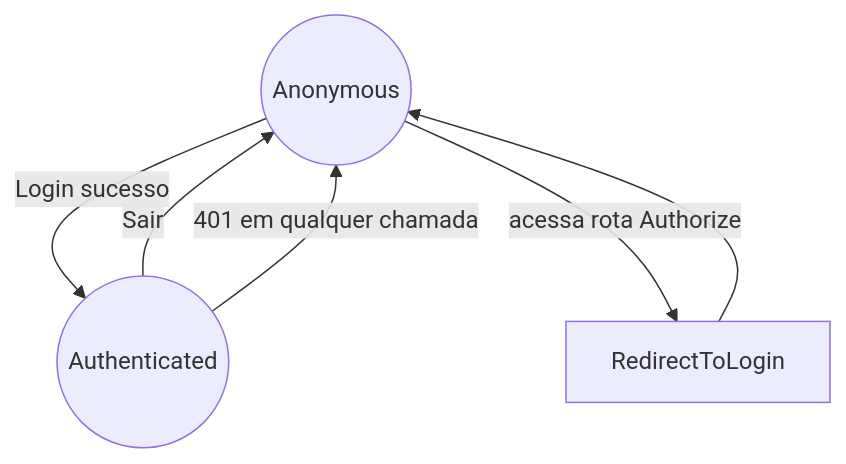
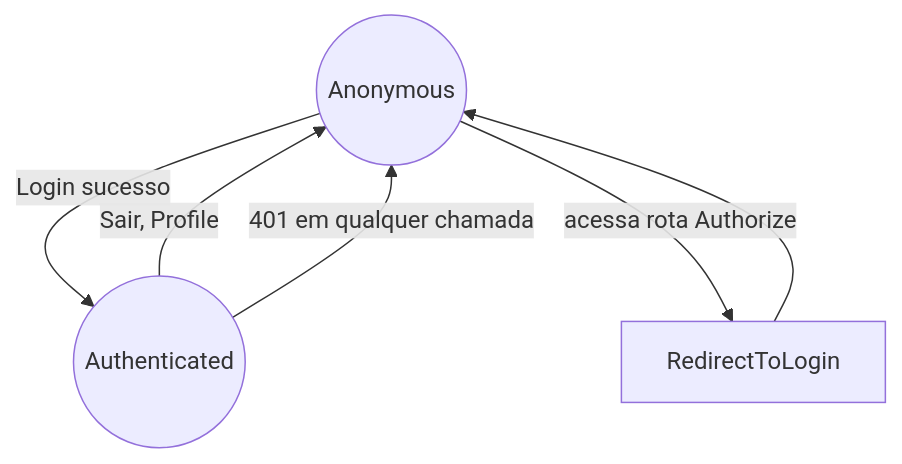
The second of 7 diagrams in docs/navigation-flows.md (MiguelFariasDev/FileSharing), drawn with Mermaid before and after one commit. The commit also changed other lines of this file and 104 other files, not shown here.

Commit message:
feat: redesign web and mobile navigation flows

````diff
--- a/docs/navigation-flows.md
+++ b/docs/navigation-flows.md
@@ -118,7 +135,7 @@
 ```mermaid
 flowchart TD
     Anonymous((Anonymous)) -->|Login sucesso| Authenticated((Authenticated))
-    Authenticated -->|Sair| Anonymous
+    Authenticated -->|Sair, Profile| Anonymous
     Authenticated -->|401 em qualquer chamada| Anonymous
     Anonymous -->|acessa rota Authorize| RedirectLogin[RedirectToLogin] --> Anonymous
 ```
````
